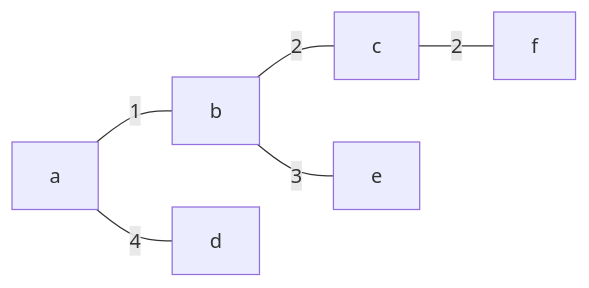
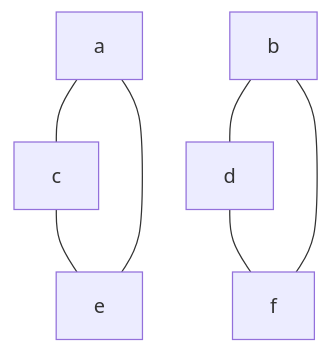
One commit to Arictronic/Testbag changed the fourth of 12 diagrams in Readme.Md. Above: the diagram before and after it, drawn with Mermaid. The commit also changed other lines of this file, not shown here.

````diff
--- a/Readme.Md
+++ b/Readme.Md
@@ -314,8 +102,10 @@
 ```mermaid
-graph LR
-a --1--- b
-b --2--- c
-c --2--- f
-b --3--- e
-a --4--- d
+graph TB
+a---c
+c---e
+e---a
+
+b---d
+d---f
+f---b
 ```
````
